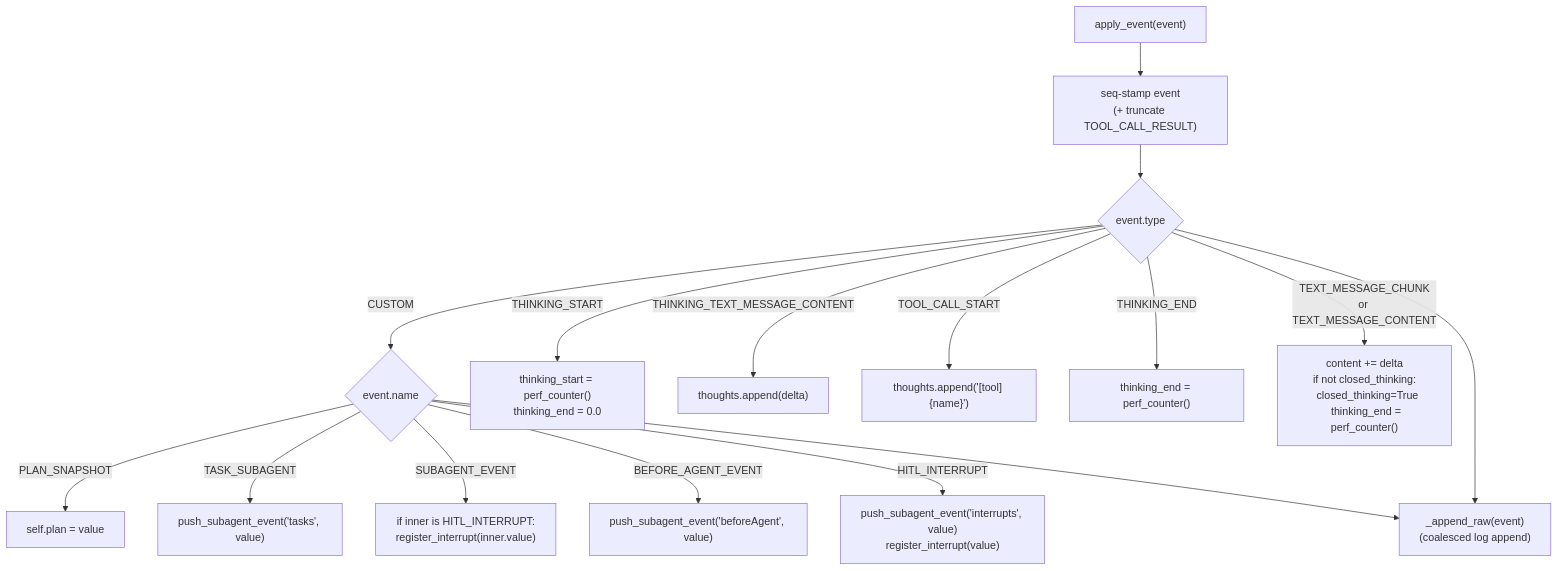
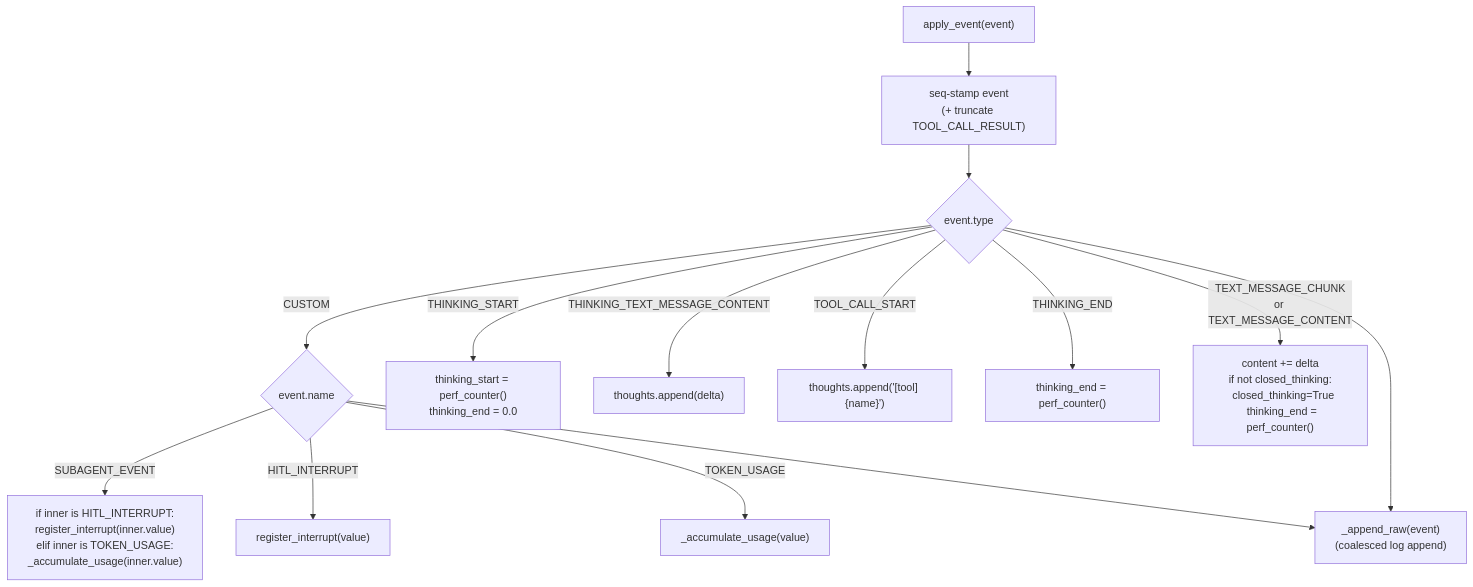
One commit to konstantinosmpouros/mAgenticX changed the sixth of 9 diagrams in docs/development/agui-protocol.md. Above: the diagram before and after it, drawn with Mermaid. The commit also changed other lines of this file and 25 other files, not shown here.

````diff
--- a/docs/development/agui-protocol.md
+++ b/docs/development/agui-protocol.md
@@ -375,17 +375,15 @@
 ```mermaid
 flowchart TD
     A["apply_event(event)"] --> S["seq-stamp event\n(+ truncate TOOL_CALL_RESULT)"]
     S --> B{event.type}
     B -->|"CUSTOM"| C{event.name}
-    C -->|"PLAN_SNAPSHOT"| D["self.plan = value"]
-    C -->|"TASK_SUBAGENT"| E["push_subagent_event('tasks', value)"]
-    C -->|"SUBAGENT_EVENT"| F["if inner is HITL_INTERRUPT:\nregister_interrupt(inner.value)"]
-    C -->|"BEFORE_AGENT_EVENT"| G["push_subagent_event('beforeAgent', value)"]
-    C -->|"HITL_INTERRUPT"| H["push_subagent_event('interrupts', value)\nregister_interrupt(value)"]
+    C -->|"SUBAGENT_EVENT"| F["if inner is HITL_INTERRUPT:\nregister_interrupt(inner.value)\nelif inner is TOKEN_USAGE:\n_accumulate_usage(inner.value)"]
+    C -->|"HITL_INTERRUPT"| H["register_interrupt(value)"]
+    C -->|"TOKEN_USAGE"| N["_accumulate_usage(value)"]
     B -->|"THINKING_START"| I["thinking_start = perf_counter()\nthinking_end = 0.0"]
     B -->|"THINKING_TEXT_MESSAGE_CONTENT"| J["thoughts.append(delta)"]
     B -->|"TOOL_CALL_START"| K["thoughts.append('[tool] {name}')"]
     B -->|"THINKING_END"| L["thinking_end = perf_counter()"]
     B -->|"TEXT_MESSAGE_CHUNK\nor TEXT_MESSAGE_CONTENT"| M["content += delta\nif not closed_thinking:\n  closed_thinking=True\n  thinking_end = perf_counter()"]
     B & C --> Z["_append_raw(event)\n(coalesced log append)"]
 ```
````
